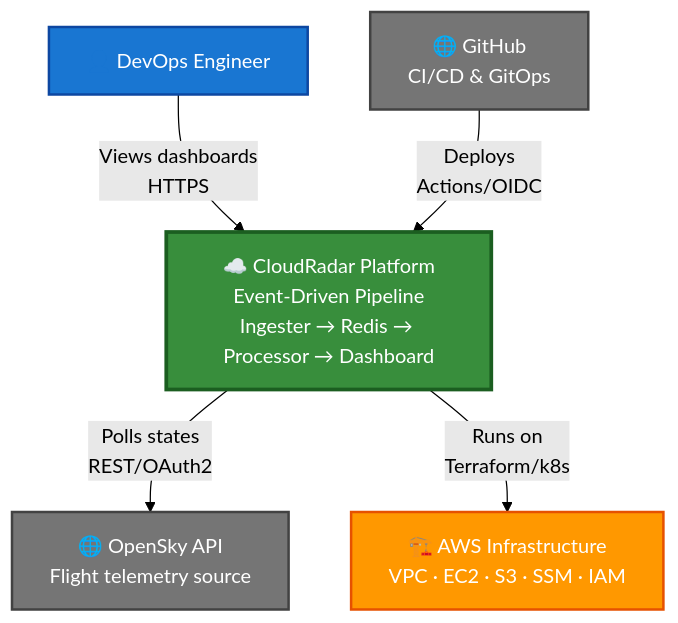
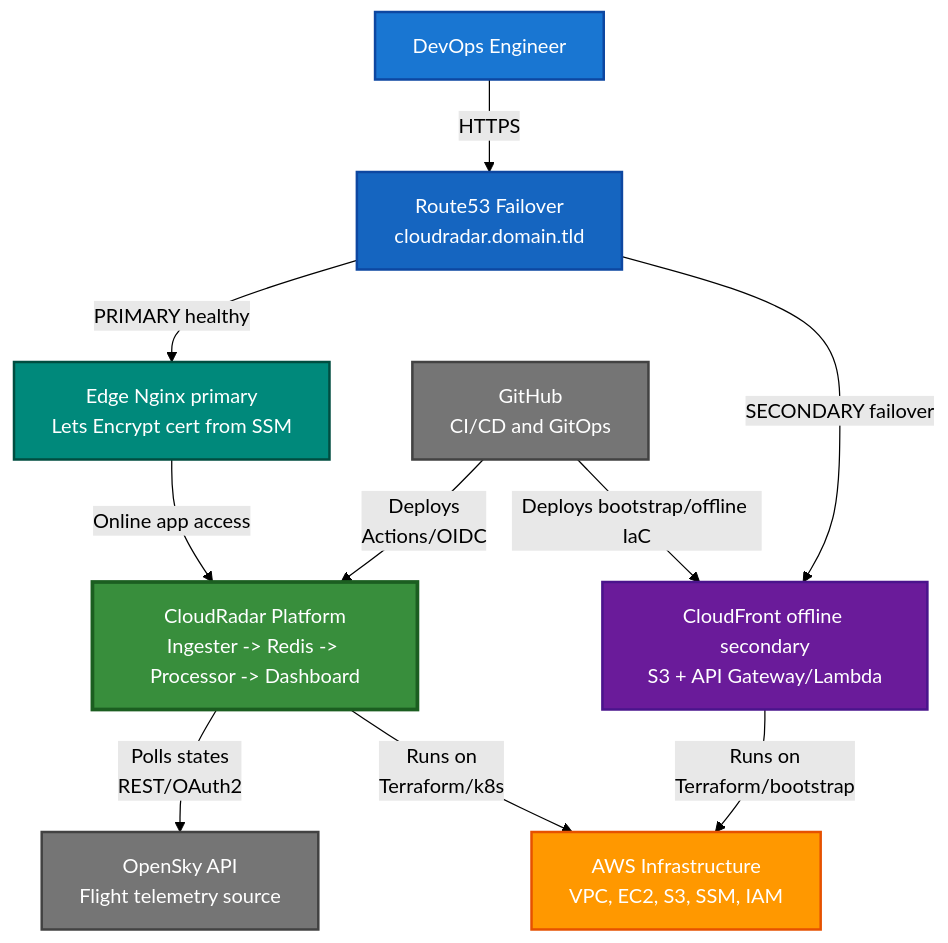
Before and after one commit to ClementV78/CloudRadar: the first of 10 diagrams in docs/architecture/technical-architecture-summary.md, drawn with Mermaid (forest theme). The commit also changed other lines of this file and 20 other files, not shown here.

First line of the commit message:
feat(edge): add offline fallback landing path and contact flow

````diff
--- a/docs/architecture/technical-architecture-summary.md
+++ b/docs/architecture/technical-architecture-summary.md
@@ -55,20 +55,31 @@
 ```mermaid
 graph TB
-    USER[👤 DevOps Engineer]
-    CORE[☁️ CloudRadar Platform<br/>Event-Driven Pipeline<br/>Ingester → Redis → Processor → Dashboard]
+    USER[DevOps Engineer]
+    R53[Route53 Failover<br/>cloudradar.domain.tld]
+    EDGE[Edge Nginx primary<br/>Lets Encrypt cert from SSM]
+    OFFLINE[CloudFront offline secondary<br/>S3 + API Gateway/Lambda]
+    CORE[CloudRadar Platform<br/>Ingester -> Redis -> Processor -> Dashboard]
     
-    OPENSKY[🌐 OpenSky API<br/>Flight telemetry source]
-    GITHUB[🌐 GitHub<br/>CI/CD & GitOps]
-    AWS[🏗️ AWS Infrastructure<br/>VPC · EC2 · S3 · SSM · IAM]
+    OPENSKY[OpenSky API<br/>Flight telemetry source]
+    GITHUB[GitHub<br/>CI/CD and GitOps]
+    AWS[AWS Infrastructure<br/>VPC, EC2, S3, SSM, IAM]
     
-    USER -->|Views dashboards<br/>HTTPS| CORE
+    USER -->|HTTPS| R53
+    R53 -->|PRIMARY healthy| EDGE
+    R53 -->|SECONDARY failover| OFFLINE
+    EDGE -->|Online app access| CORE
     CORE -->|Polls states<br/>REST/OAuth2| OPENSKY
     GITHUB -->|Deploys<br/>Actions/OIDC| CORE
+    GITHUB -->|Deploys bootstrap/offline IaC| OFFLINE
     CORE -->|Runs on<br/>Terraform/k8s| AWS
+    OFFLINE -->|Runs on<br/>Terraform/bootstrap| AWS
     
     style USER fill:#1976d2,stroke:#0d47a1,stroke-width:2px,color:#fff
     style CORE fill:#388e3c,stroke:#1b5e20,stroke-width:3px,color:#fff
+    style R53 fill:#1565c0,stroke:#0d47a1,stroke-width:2px,color:#fff
+    style EDGE fill:#00897b,stroke:#004d40,stroke-width:2px,color:#fff
+    style OFFLINE fill:#6a1b9a,stroke:#4a148c,stroke-width:2px,color:#fff
     style OPENSKY fill:#757575,stroke:#424242,stroke-width:2px,color:#fff
     style GITHUB fill:#757575,stroke:#424242,stroke-width:2px,color:#fff
     style AWS fill:#ff9800,stroke:#e65100,stroke-width:2px,color:#fff
 ```
````
